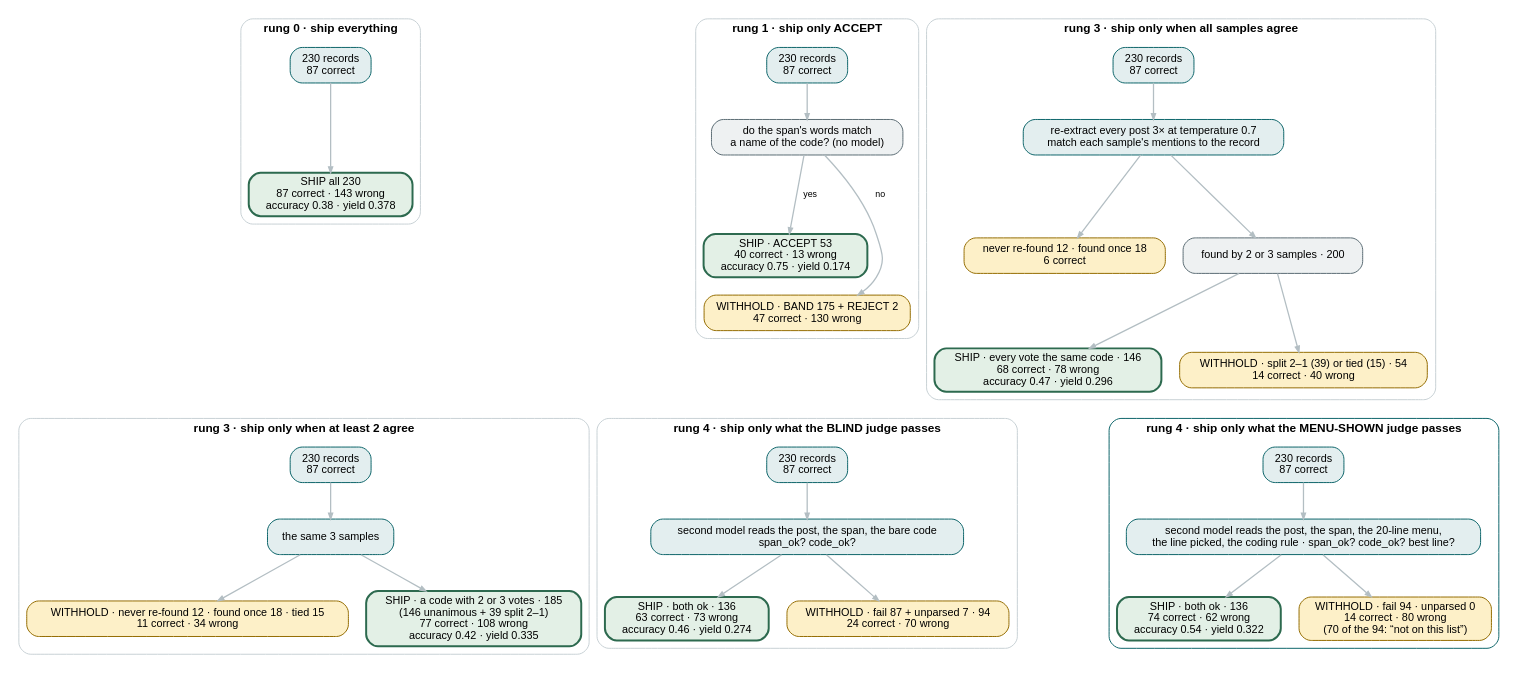
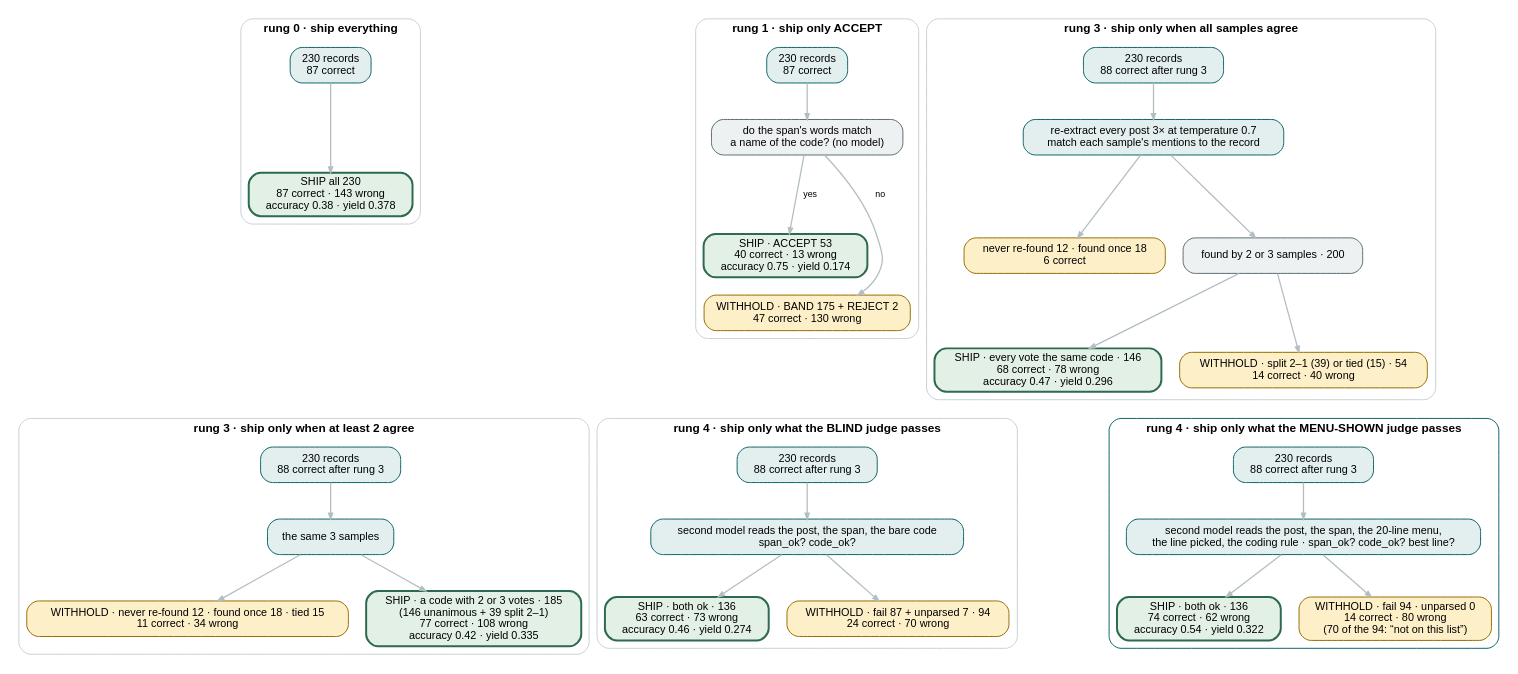
The diagram in docs/figures/fig20-dials.dot (wbagais/reliability-ladder), drawn with Graphviz before and after one commit. The commit also changed 7 other files, not shown here.

```diff
--- a/docs/figures/fig20-dials.dot
+++ b/docs/figures/fig20-dials.dot
@@ -1,62 +1,62 @@
 // Every rung's verdict as a shipping rule, CADEC dev, rerun-cadec-d0 (2026-09-03).
 // Six panels, one per "ship only when...". Each panel starts from the same 230
 // records rung 0 produced (87 correct) and shows how the rule splits them into
 // shipped and withheld, with the correct count on each side. Accuracy = correct
 // among shipped; yield = correct shipped / 230. The article's table gives the
 // three-draw means; this figure is draw 0 so that every count is an integer.
 // Rung 3 counts are over the run's own votes (temperature 0.7, k=3): a record
 // ships under "all agree" when every sample that re-found it voted the same code
 // (two or more samples), and under "at least 2 agree" when the winning code got
 // two or more votes with no tie.
 // COLOUR KEY — the article's: green ships · amber withheld · grey a stage
 digraph dials {
   rankdir=TB; bgcolor="white"; compound=true; newrank=true;
   node [shape=box style="filled,rounded" fontname="Helvetica" fontsize=11 color="#5a6b73" fillcolor="#f2f4f5"];
   edge [color="#b3bec3" penwidth=1.3 arrowsize=0.6 fontname="Helvetica" fontsize=9];
 
   subgraph cluster0 { label="rung 0 · ship everything"; fontname="Helvetica-Bold"; fontsize=12; color="#c8d1d5"; style="rounded";
     a0 [label="230 records\n87 correct" fillcolor="#e3eeef" color="#0c6469"];
     a1 [label="SHIP all 230\n87 correct · 143 wrong\naccuracy 0.38 · yield 0.378" fillcolor="#e3f0e6" color="#2d6a4f" penwidth=2];
     a0 -> a1;
   }
   subgraph cluster1 { label="rung 1 · ship only ACCEPT"; fontname="Helvetica-Bold"; fontsize=12; color="#c8d1d5"; style="rounded";
     b0 [label="230 records\n87 correct" fillcolor="#e3eeef" color="#0c6469"];
     b1 [label="do the span's words match\na name of the code? (no model)" fillcolor="#eef1f2"];
     b2 [label="SHIP · ACCEPT 53\n40 correct · 13 wrong\naccuracy 0.75 · yield 0.174" fillcolor="#e3f0e6" color="#2d6a4f" penwidth=2];
     b3 [label="WITHHOLD · BAND 175 + REJECT 2\n47 correct · 130 wrong" fillcolor="#fdf0c8" color="#946c00"];
     b0 -> b1; b1 -> b2 [label=" yes "]; b1 -> b3 [label=" no "];
   }
   subgraph cluster2 { label="rung 3 · ship only when all samples agree"; fontname="Helvetica-Bold"; fontsize=12; color="#c8d1d5"; style="rounded";
-    c0 [label="230 records\n87 correct" fillcolor="#e3eeef" color="#0c6469"];
+    c0 [label="230 records\n88 correct after rung 3" fillcolor="#e3eeef" color="#0c6469"];
     c1 [label="re-extract every post 3× at temperature 0.7\nmatch each sample's mentions to the record" fillcolor="#e3eeef" color="#0c6469"];
     c2 [label="never re-found 12 · found once 18\n6 correct" fillcolor="#fdf0c8" color="#946c00"];
     c3 [label="found by 2 or 3 samples · 200" fillcolor="#eef1f2"];
     c4 [label="SHIP · every vote the same code · 146\n68 correct · 78 wrong\naccuracy 0.47 · yield 0.296" fillcolor="#e3f0e6" color="#2d6a4f" penwidth=2];
     c5 [label="WITHHOLD · split 2–1 (39) or tied (15) · 54\n14 correct · 40 wrong" fillcolor="#fdf0c8" color="#946c00"];
     c0 -> c1; c1 -> c2; c1 -> c3; c3 -> c4; c3 -> c5;
   }
   subgraph cluster3 { label="rung 3 · ship only when at least 2 agree"; fontname="Helvetica-Bold"; fontsize=12; color="#c8d1d5"; style="rounded";
-    d0 [label="230 records\n87 correct" fillcolor="#e3eeef" color="#0c6469"];
+    d0 [label="230 records\n88 correct after rung 3" fillcolor="#e3eeef" color="#0c6469"];
     d1 [label="the same 3 samples" fillcolor="#e3eeef" color="#0c6469"];
     d2 [label="WITHHOLD · never re-found 12 · found once 18 · tied 15\n11 correct · 34 wrong" fillcolor="#fdf0c8" color="#946c00"];
     d3 [label="SHIP · a code with 2 or 3 votes · 185\n(146 unanimous + 39 split 2–1)\n77 correct · 108 wrong\naccuracy 0.42 · yield 0.335" fillcolor="#e3f0e6" color="#2d6a4f" penwidth=2];
     d0 -> d1; d1 -> d2; d1 -> d3;
   }
   subgraph cluster4 { label="rung 4 · ship only what the BLIND judge passes"; fontname="Helvetica-Bold"; fontsize=12; color="#c8d1d5"; style="rounded";
-    e0 [label="230 records\n87 correct" fillcolor="#e3eeef" color="#0c6469"];
+    e0 [label="230 records\n88 correct after rung 3" fillcolor="#e3eeef" color="#0c6469"];
     e1 [label="second model reads the post, the span, the bare code\nspan_ok? code_ok?" fillcolor="#e3eeef" color="#0c6469"];
     e2 [label="SHIP · both ok · 136\n63 correct · 73 wrong\naccuracy 0.46 · yield 0.274" fillcolor="#e3f0e6" color="#2d6a4f" penwidth=2];
     e3 [label="WITHHOLD · fail 87 + unparsed 7 · 94\n24 correct · 70 wrong" fillcolor="#fdf0c8" color="#946c00"];
     e0 -> e1; e1 -> e2; e1 -> e3;
   }
   subgraph cluster5 { label="rung 4 · ship only what the MENU-SHOWN judge passes"; fontname="Helvetica-Bold"; fontsize=12; color="#0c6469"; style="rounded";
-    f0 [label="230 records\n87 correct" fillcolor="#e3eeef" color="#0c6469"];
+    f0 [label="230 records\n88 correct after rung 3" fillcolor="#e3eeef" color="#0c6469"];
     f1 [label="second model reads the post, the span, the 20-line menu,\nthe line picked, the coding rule · span_ok? code_ok? best line?" fillcolor="#e3eeef" color="#0c6469"];
     f2 [label="SHIP · both ok · 136\n74 correct · 62 wrong\naccuracy 0.54 · yield 0.322" fillcolor="#e3f0e6" color="#2d6a4f" penwidth=2];
     f3 [label="WITHHOLD · fail 94 · unparsed 0\n14 correct · 80 wrong\n(70 of the 94: “not on this list”)" fillcolor="#fdf0c8" color="#946c00"];
     f0 -> f1; f1 -> f2; f1 -> f3;
   }
   { rank=same; a0; b0; c0 }
   { rank=same; d0; e0; f0 }
   a1 -> d0 [style=invis]; b3 -> e0 [style=invis]; c5 -> f0 [style=invis];
 }
```
